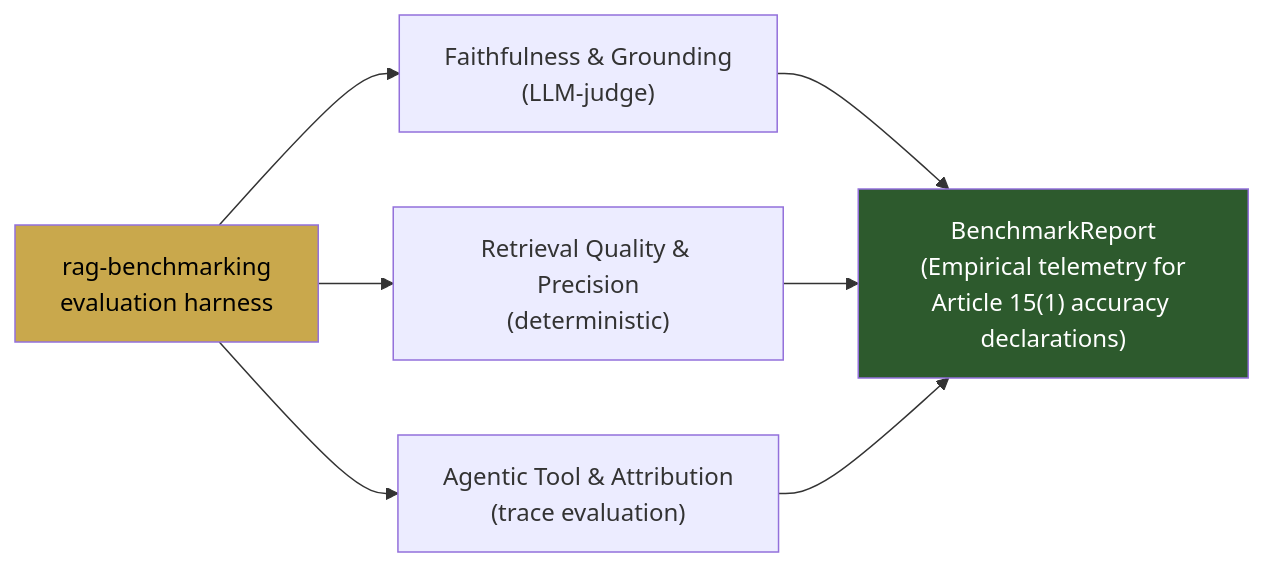
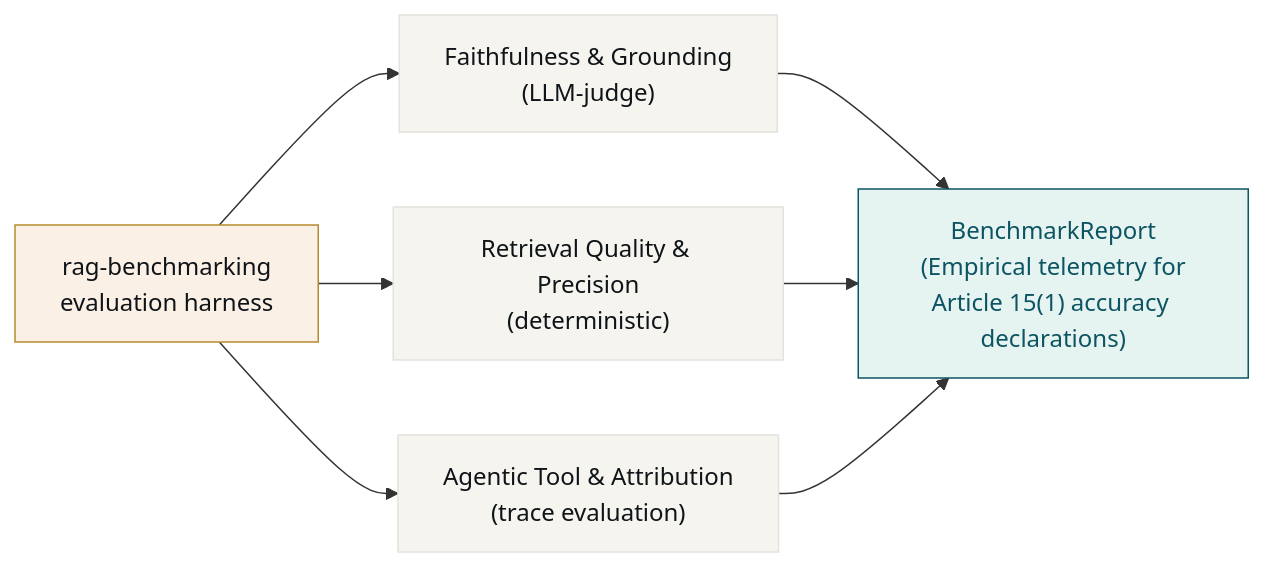
One commit to aiexponent/rag-benchmarking changed the second of 3 diagrams in README.md. Above: the diagram before and after it, drawn with Mermaid. The commit also changed other lines of this file and 2 other files, not shown here.

````diff
--- a/README.md
+++ b/README.md
@@ -203,15 +387,18 @@
 ```mermaid
 graph LR
     RAG["rag-benchmarking\nevaluation harness"]
     FAITH["Faithfulness & Grounding\n(LLM-judge)"]
     RET["Retrieval Quality & Precision\n(deterministic)"]
     AGENT["Agentic Tool & Attribution\n(trace evaluation)"]
     REPORT["BenchmarkReport\n(Empirical telemetry for\nArticle 15(1) accuracy declarations)"]
 
     RAG --> FAITH --> REPORT
     RAG --> RET --> REPORT
     RAG --> AGENT --> REPORT
 
-    style RAG fill:#c9a84c,color:#000
-    style REPORT fill:#2d5a2d,color:#fff
+    style RAG fill:#FAF0E6,stroke:#B68A2E,color:#0F1419
+    style FAITH fill:#F5F4EF,stroke:#E4E2DC,color:#0F1419
+    style RET fill:#F5F4EF,stroke:#E4E2DC,color:#0F1419
+    style AGENT fill:#F5F4EF,stroke:#E4E2DC,color:#0F1419
+    style REPORT fill:#E6F4F1,stroke:#0D5463,color:#0D5463
 ```
````
